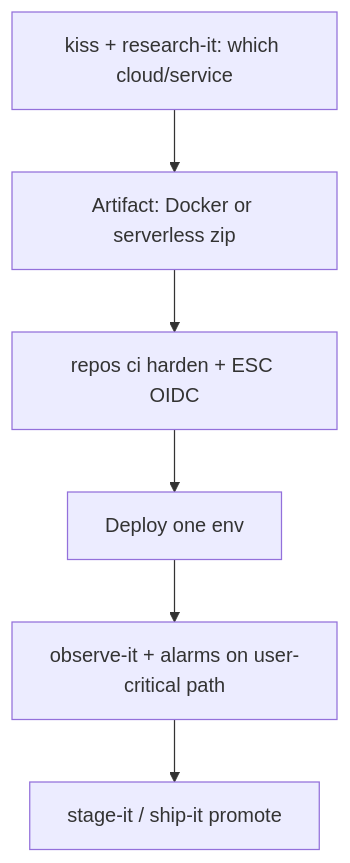
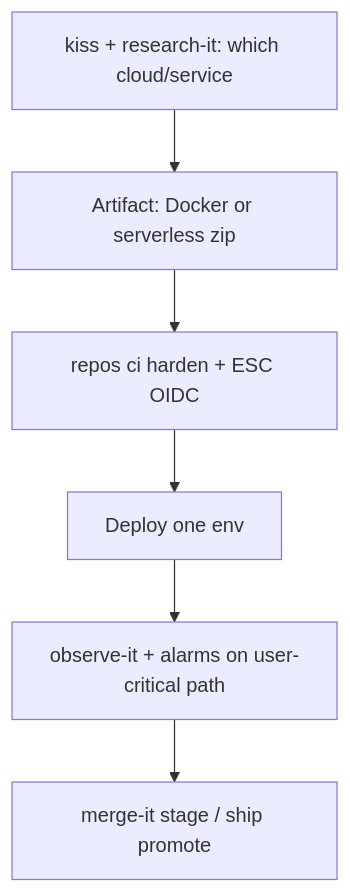
Before and after one commit to DecisionNerd/dev-skills: the diagram in handbook/paths/compute/clouds.md, drawn with Mermaid. The commit also changed other lines of this file and 95 other files, not shown here.

First line of the commit message:
Add shared operating contract to skills; fold ship-it and stage-it into merge-it (#2)

````diff
--- a/handbook/paths/compute/clouds.md
+++ b/handbook/paths/compute/clouds.md
@@ -25,8 +25,8 @@
 ```mermaid
 flowchart TD
   A[kiss + research-it: which cloud/service] --> B[Artifact: Docker or serverless zip]
   B --> C[repos ci harden + ESC OIDC]
   C --> D[Deploy one env]
   D --> E[observe-it + alarms on user-critical path]
-  E --> F[stage-it / ship-it promote]
+  E --> F[merge-it stage / ship promote]
 ```
````
